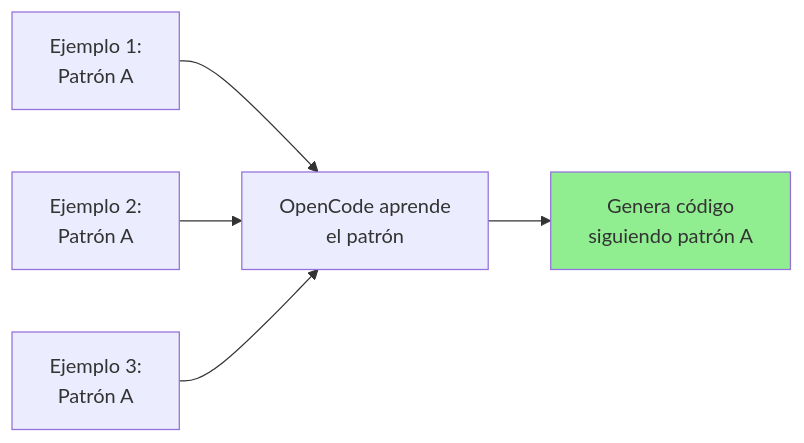
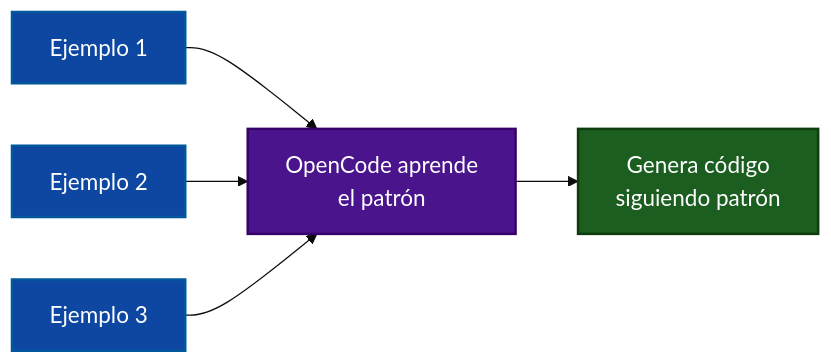
Before and after one commit to Ai-Whisperers/Courses-Content: diagram 12 of 18 in courses/🟡-development/FPUNA-2026/00-FUNDAMENTOS-PRINCIPALES/03-ingenieria-prompts.md, drawn with Mermaid. The commit also changed other lines of this file and 47 other files, not shown here.

First line of the commit message:
fix: Make all 473 diagrams WCAG AAA accessible (FPUNA-2026)

````diff
--- a/courses/🟡-development/FPUNA-2026/00-FUNDAMENTOS-PRINCIPALES/03-ingenieria-prompts.md
+++ b/courses/🟡-development/FPUNA-2026/00-FUNDAMENTOS-PRINCIPALES/03-ingenieria-prompts.md
@@ -724,9 +735,14 @@
 ```mermaid
+%%{init: {'theme':'base', 'themeVariables': {'fontSize':'18px'}}}%%
 graph LR
-    A[Ejemplo 1:<br/>Patrón A] --> D[OpenCode aprende<br/>el patrón]
-    B[Ejemplo 2:<br/>Patrón A] --> D
-    C[Ejemplo 3:<br/>Patrón A] --> D
-    D --> E[Genera código<br/>siguiendo patrón A]
+    A[Ejemplo 1] --> D[OpenCode aprende<br>el patrón]
+    B[Ejemplo 2] --> D
+    C[Ejemplo 3] --> D
+    D --> E[Genera código<br>siguiendo patrón]
     
-    style E fill:#90EE90
+    style A fill:#0d47a1,stroke:#01579b,stroke-width:2px,color:#fff
+    style B fill:#0d47a1,stroke:#01579b,stroke-width:2px,color:#fff
+    style C fill:#0d47a1,stroke:#01579b,stroke-width:2px,color:#fff
+    style D fill:#4a148c,stroke:#38006b,stroke-width:2px,color:#fff
+    style E fill:#1b5e20,stroke:#0d3d0f,stroke-width:2px,color:#fff
 ```
````
